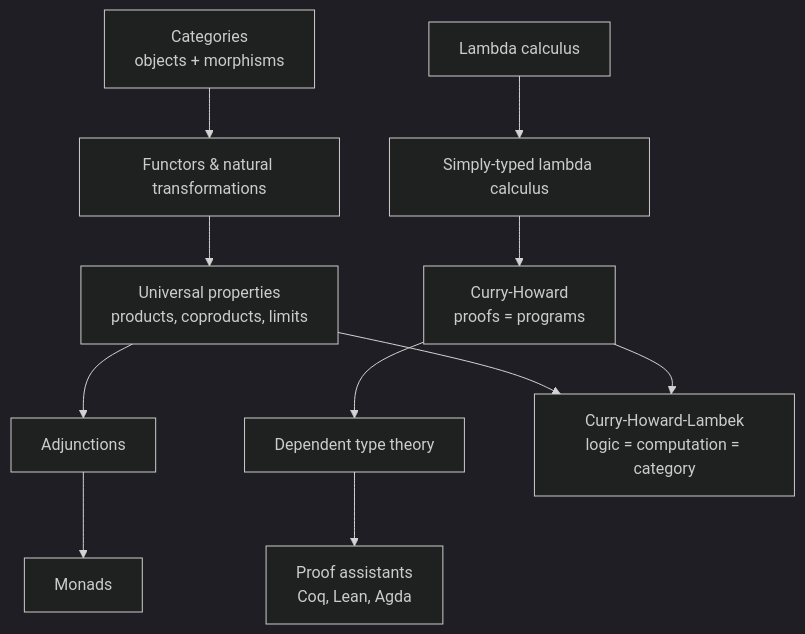
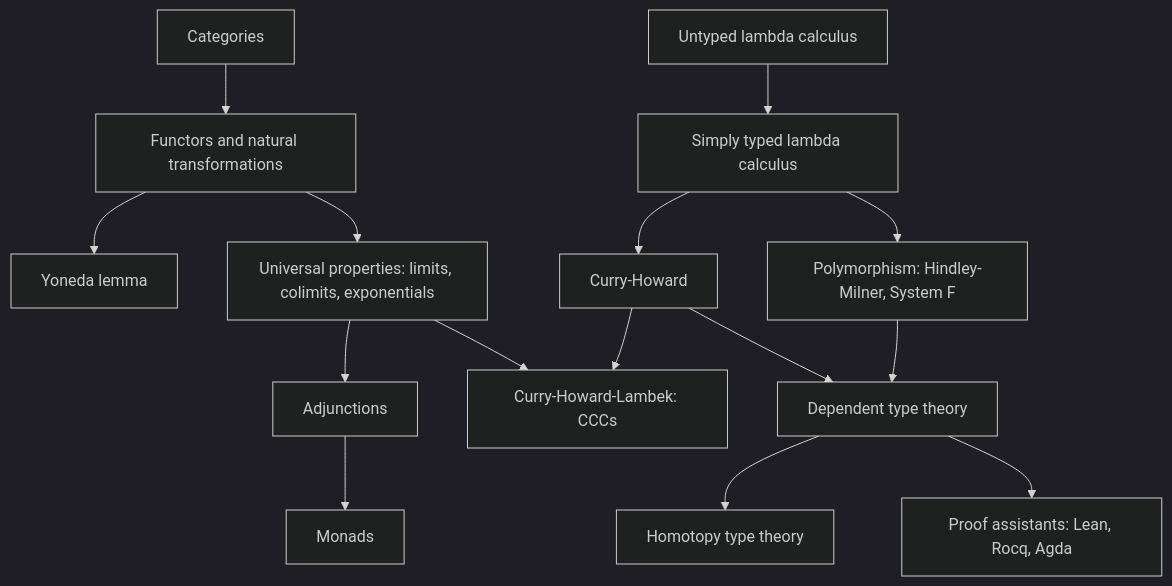
Before and after one commit to AndrewAltimit/Documentation: the first of 3 diagrams in github-pages/docs/advanced/category-and-type-theory.md, drawn with Mermaid (dark theme). The commit also changed other lines of this file and 240 other files, not shown here.

````diff
--- a/github-pages/docs/advanced/category-and-type-theory.md
+++ b/github-pages/docs/advanced/category-and-type-theory.md
@@ -28,13 +42,17 @@
 ```mermaid
 flowchart TD
-    CAT["Categories<br/>objects + morphisms"] --> FUN["Functors &amp; natural transformations"]
-    FUN --> UNIV["Universal properties<br/>products, coproducts, limits"]
+    CAT["Categories"] --> FUN["Functors and natural transformations"]
+    FUN --> YON["Yoneda lemma"]
+    FUN --> UNIV["Universal properties: limits, colimits, exponentials"]
     UNIV --> ADJ["Adjunctions"]
     ADJ --> MON["Monads"]
-    LAM["Lambda calculus"] --> STLC["Simply-typed lambda calculus"]
-    STLC --> CH["Curry-Howard<br/>proofs = programs"]
+    LAM["Untyped lambda calculus"] --> STLC["Simply typed lambda calculus"]
+    STLC --> POLY["Polymorphism: Hindley-Milner, System F"]
+    STLC --> CH["Curry-Howard"]
+    UNIV --> CHL["Curry-Howard-Lambek: CCCs"]
+    CH --> CHL
     CH --> DTT["Dependent type theory"]
-    UNIV --> CHL["Curry-Howard-Lambek<br/>logic = computation = category"]
-    CH --> CHL
-    DTT --> PA["Proof assistants<br/>Coq, Lean, Agda"]
+    POLY --> DTT
+    DTT --> HOTT["Homotopy type theory"]
+    DTT --> PA["Proof assistants: Lean, Rocq, Agda"]
 ```
````
